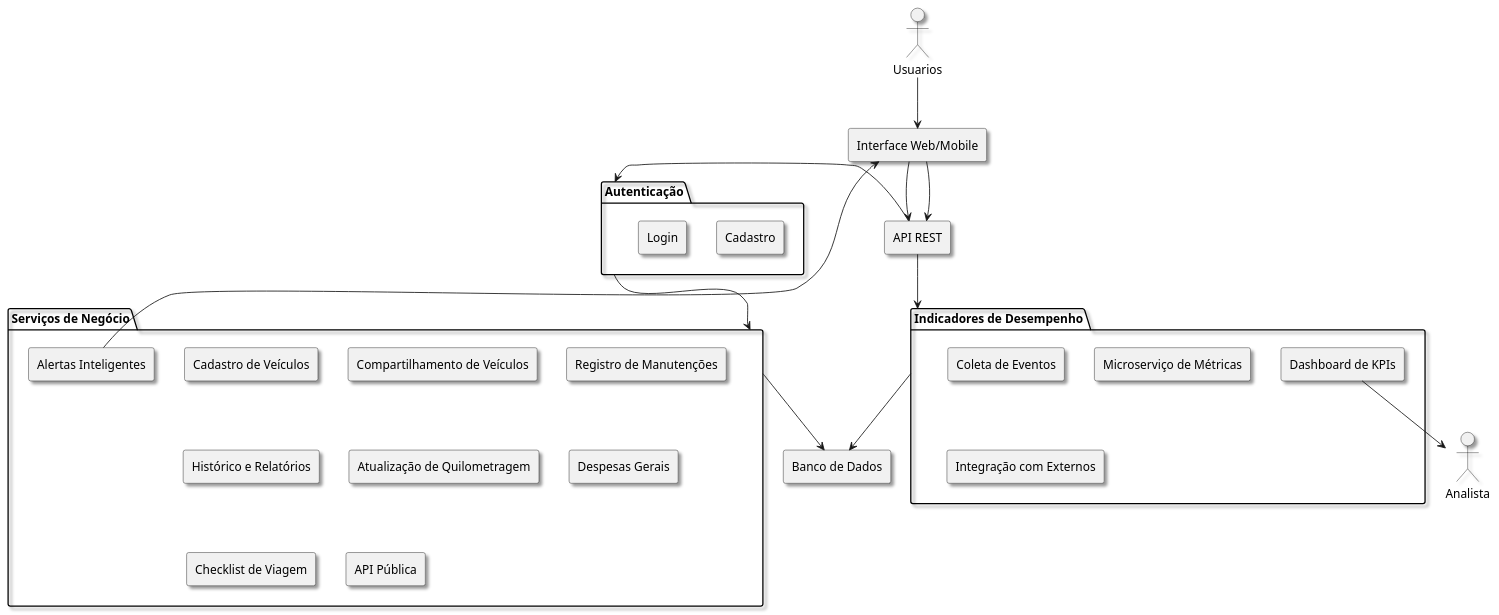
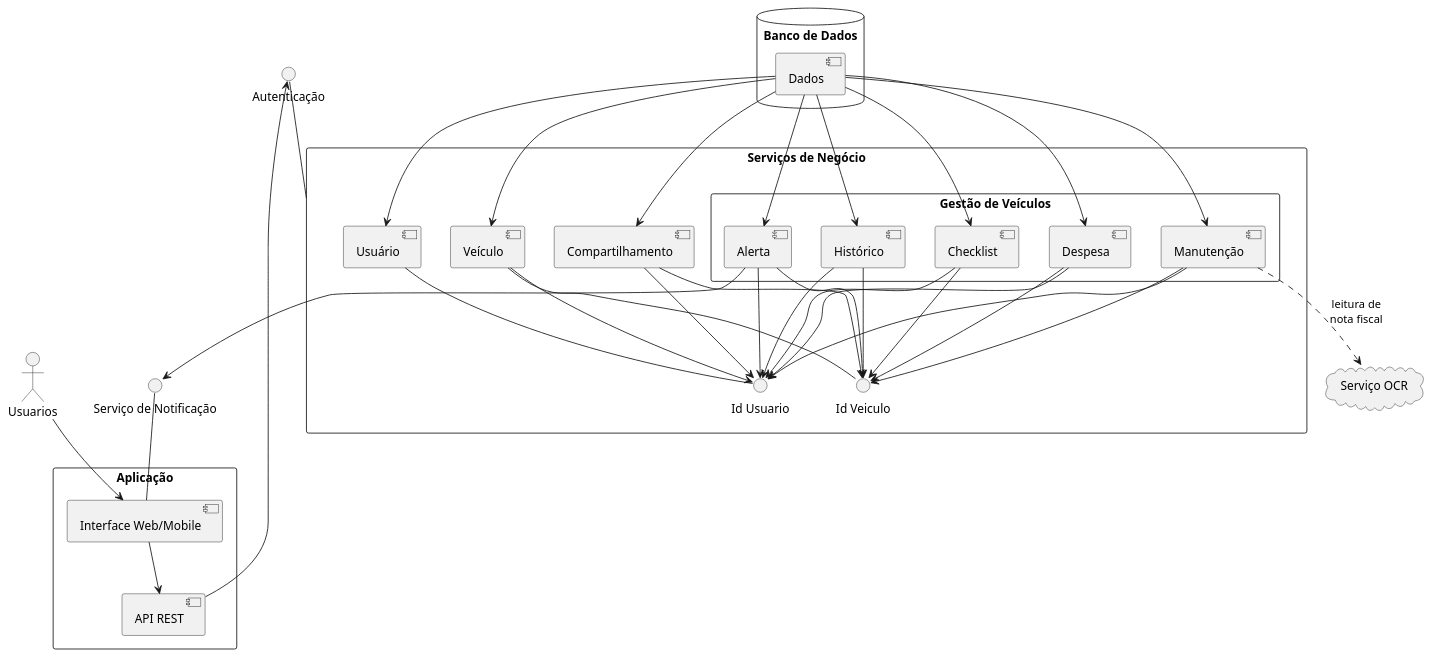
The diagram in modelos/Componentes/DR_Componentes.md (MirelleAlves/2025.1_AOO_AV), drawn with PlantUML before and after one commit. The commit also changed other lines of this file, not shown here.

Commit message:
Update DR_Componentes.md
Correção do diagrama de componentes

````diff
--- a/modelos/Componentes/DR_Componentes.md
+++ b/modelos/Componentes/DR_Componentes.md
@@ -6,53 +5,75 @@
 ```puml
+
 @startuml
-skinparam componentStyle rectangle
-skinparam shadowing true
-skinparam component {
 
+
+actor Usuarios as User
+
+rectangle "Aplicação" {
+  component "Interface Web/Mobile" as UI
+  component "API REST" as API
 }
 
-top to bottom direction
-component "Interface Web/Mobile" as UI
-component "API REST" as API
-component "Banco de Dados" as DB
-actor Analista
-actor Usuarios
-
-
-package "Autenticação" as AUT {
-    [Cadastro]
-    [Login]
+rectangle "Serviços de Negócio" as SN {
+  component "Usuário" as Usuario
+  component "Veículo" as Veiculo
+  interface "Id Veiculo" as IdVeiculo
+  interface "Id Usuario" as IdUsuario
+  
+  rectangle "Gestão de Veículos" {
+    component "Manutenção" as Manutencao
+    component "Alerta" as Alerta
+    component "Despesa" as Despesa
+    component "Histórico" as Historico
+    component "Checklist" as Checklist
   }
-
-package "Indicadores de Desempenho" as KPI {
-  [Dashboard de KPIs]
-  [Coleta de Eventos]
-  [Microserviço de Métricas]
-  [Integração com Externos]
-  }
-
-package "Serviços de Negócio" as SN {
-  [Cadastro de Veículos]
-  [Compartilhamento de Veículos]
-  [Registro de Manutenções]
-  [Alertas Inteligentes]
-  [Histórico e Relatórios]
-  [Atualização de Quilometragem]
-  [Despesas Gerais]
-  [Checklist de Viagem]
-  [API Pública]
+  
+  component "Compartilhamento" as Compartilhamento
 }
 
-Usuarios --> UI
-UI  --> API
-API --> AUT
-AUT --> SN
-[Alertas Inteligentes] --> UI
-SN  --> DB
+database "Banco de Dados" as DB {
+  component "Dados" as Dados
+}
+
+cloud "Serviço OCR" as OCR
+interface "Serviço de Notificação" as Notif
+interface "Autenticação" as Auth
+
+User --> UI 
 UI --> API
-API --> KPI
-KPI --> DB
-[Dashboard de KPIs] --> Analista
+API --> Auth
+Auth -- SN
+
+Usuario -- IdUsuario
+Veiculo -- IdVeiculo
+Veiculo --> IdUsuario
+
+Compartilhamento --> IdVeiculo
+Compartilhamento --> IdUsuario
+
+Manutencao --> IdVeiculo
+Manutencao --> IdUsuario
+Alerta --> IdVeiculo
+Alerta --> IdUsuario
+Alerta --> Notif
+Notif -- UI
+Despesa --> IdVeiculo
+Despesa --> IdUsuario
+Historico --> IdVeiculo
+Historico --> IdUsuario
+Checklist --> IdVeiculo
+Checklist --> IdUsuario
+
+Dados --> Usuario
+Dados --> Veiculo
+Dados --> Manutencao
+Dados --> Alerta
+Dados --> Despesa
+Dados --> Historico
+Dados --> Checklist
+Dados --> Compartilhamento
+
+Manutencao ..> OCR : leitura de\nnota fiscal
+
 @enduml
-
 ```
````
